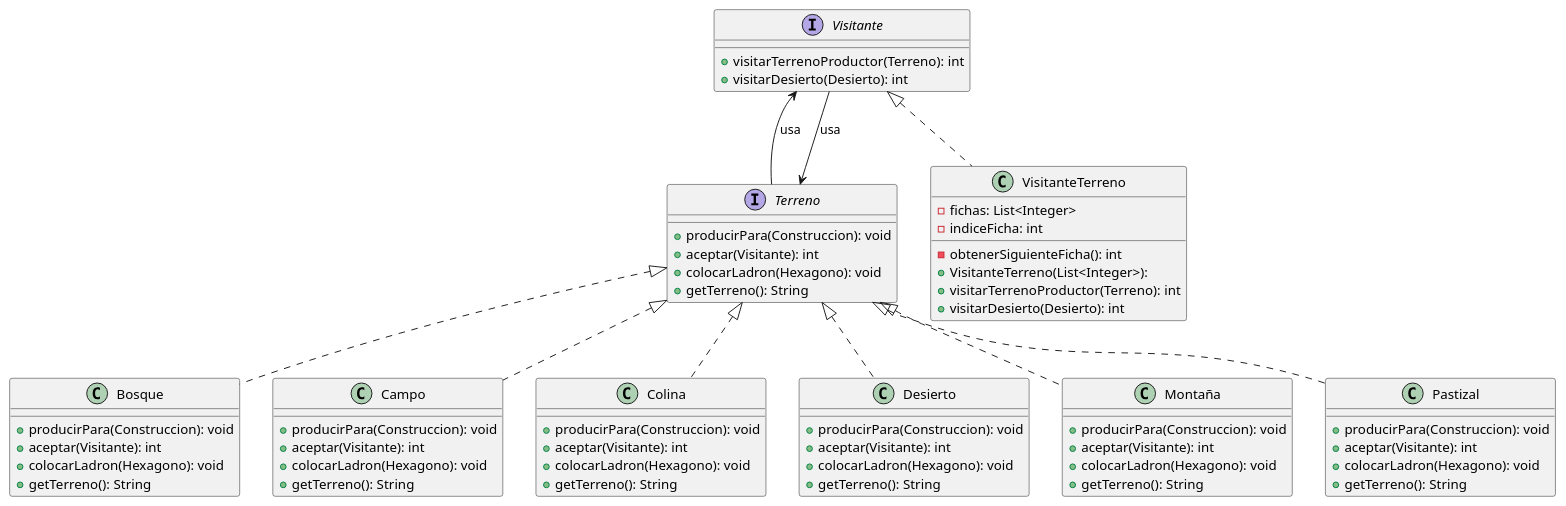
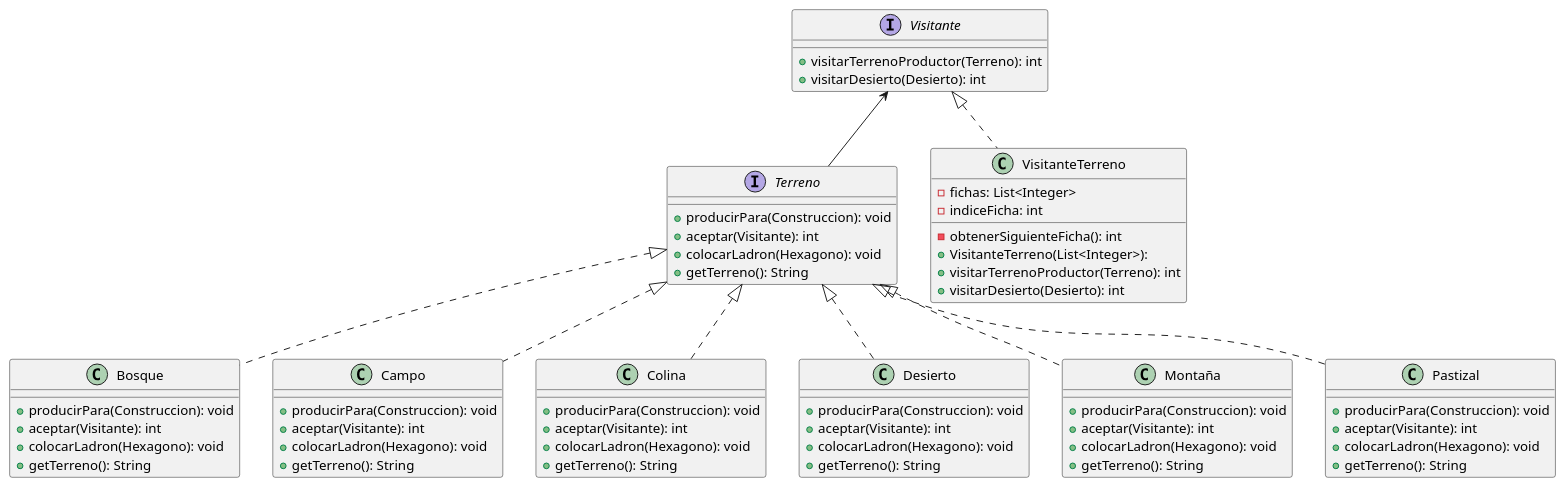
The diagram in diagrams/classes/terreno.puml (ValeSolArroyo/TP2-Catan), drawn with PlantUML before and after one commit. The commit also changed 21 other files, not shown here.

Commit message:
nuevos diagramas y arregle un test

```diff
--- a/diagrams/classes/terreno.puml
+++ b/diagrams/classes/terreno.puml
@@ -1,72 +1,70 @@
 @startuml Terreno
 
 class Bosque { 
     + producirPara(Construccion): void
     + aceptar(Visitante): int
     + colocarLadron(Hexagono): void
     + getTerreno(): String
 }
 class Campo {
     + producirPara(Construccion): void
     + aceptar(Visitante): int
     + colocarLadron(Hexagono): void
     + getTerreno(): String
 }
 class Colina {
     + producirPara(Construccion): void
     + aceptar(Visitante): int
     + colocarLadron(Hexagono): void
     + getTerreno(): String
 }
 class Desierto {
     + producirPara(Construccion): void
     + aceptar(Visitante): int
     + colocarLadron(Hexagono): void
     + getTerreno(): String
 }
 class Montaña {
     + producirPara(Construccion): void
     + aceptar(Visitante): int
     + colocarLadron(Hexagono): void
     + getTerreno(): String
 }
 class Pastizal {
     + producirPara(Construccion): void
     + aceptar(Visitante): int
     + colocarLadron(Hexagono): void
     + getTerreno(): String
 }
 interface Terreno {
     + producirPara(Construccion): void
     + aceptar(Visitante): int
     + colocarLadron(Hexagono): void
     + getTerreno(): String
 }
 
 interface Visitante {
   + visitarTerrenoProductor(Terreno): int
   + visitarDesierto(Desierto): int
 }
 
 class VisitanteTerreno {
   - fichas: List<Integer>
   - indiceFicha: int
   - obtenerSiguienteFicha(): int
   + VisitanteTerreno(List<Integer>): 
   + visitarTerrenoProductor(Terreno): int
   + visitarDesierto(Desierto): int
 }
 
 Terreno <|.. Bosque
 Terreno <|.. Campo
 Terreno <|.. Colina
 Terreno <|.. Desierto
 Terreno <|.. Montaña
 Terreno <|.. Pastizal
 
 Visitante <|.. VisitanteTerreno
 
-Visitante <-- Terreno : usa
-Visitante --> Terreno : usa
-
+Visitante <-- Terreno 
 @enduml
```
